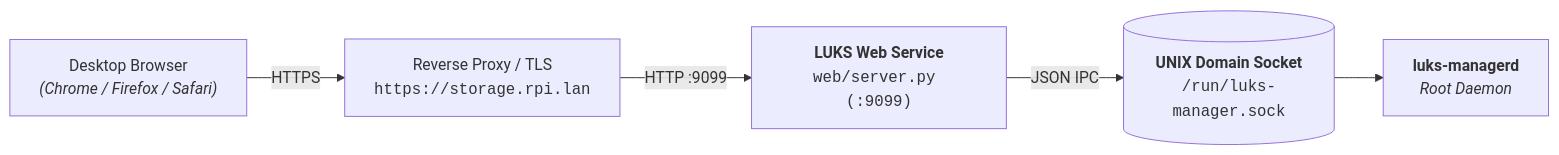
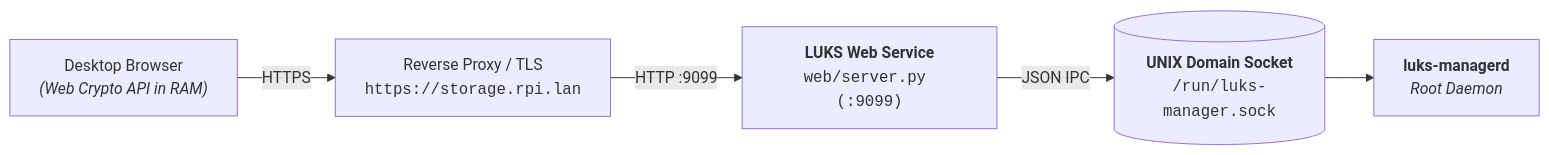
One commit to a-cifrodelli/luks-companion changed the diagram in docs/web.md. Above: the diagram before and after it, drawn with Mermaid. The commit also changed other lines of this file and 3 other files, not shown here.

Commit message:
feat(ui): add in-browser WebCrypto stego studio and 3-tab unlock methods in web dashboard

````diff
--- a/docs/web.md
+++ b/docs/web.md
@@ -11,13 +11,13 @@
 ```mermaid
 flowchart LR
-    Browser["Desktop Browser<br/><i>(Chrome / Firefox / Safari)</i>"]
+    Browser["Desktop Browser<br/><i>(Web Crypto API in RAM)</i>"]
     Traefik["Reverse Proxy / TLS<br/><code>https://storage.rpi.lan</code>"]
     Web["<b>LUKS Web Service</b><br/><code>web/server.py (:9099)</code>"]
     Socket[("<b>UNIX Domain Socket</b><br/><code>/run/luks-manager.sock</code>")]
     Daemon["<b>luks-managerd</b><br/><i>Root Daemon</i>"]
 
     Browser -->|HTTPS| Traefik
     Traefik -->|HTTP :9099| Web
     Web -->|JSON IPC| Socket
     Socket --> Daemon
 ```
````
